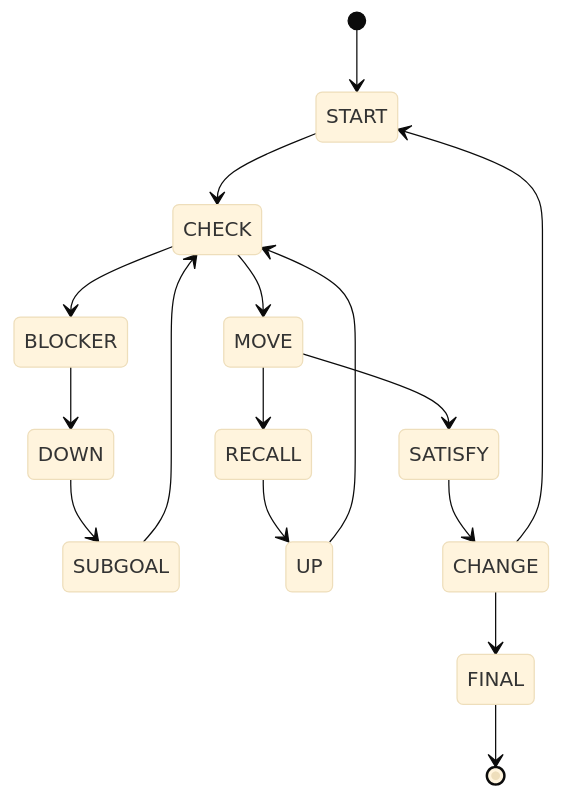
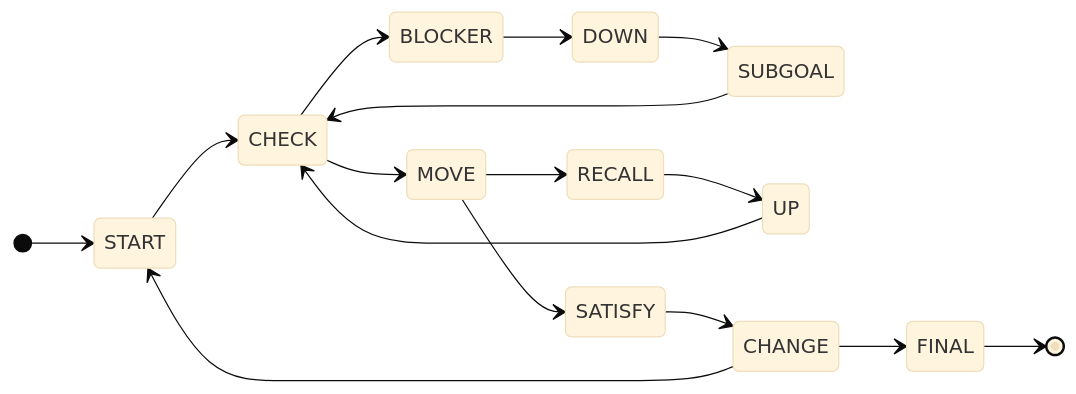
The diagram in Diagram.md (mywebartist/leid_cm_cognitive_modeling_ass3), drawn with Mermaid (base theme) before and after one commit. The commit also changed other lines of this file, not shown here.

````diff
--- a/Diagram.md
+++ b/Diagram.md
@@ -1,18 +3,19 @@
 ```mermaid
     stateDiagram-v2
+        direction LR
         [*] --> START
         START --> CHECK
         CHECK --> BLOCKER
         CHECK --> MOVE
         BLOCKER --> DOWN
         DOWN --> SUBGOAL
         SUBGOAL --> CHECK
         MOVE --> RECALL
         MOVE --> SATISFY
         RECALL --> UP
         UP --> CHECK
         SATISFY --> CHANGE
         CHANGE --> START
         CHANGE --> FINAL
         FINAL --> [*]
 ```
````
